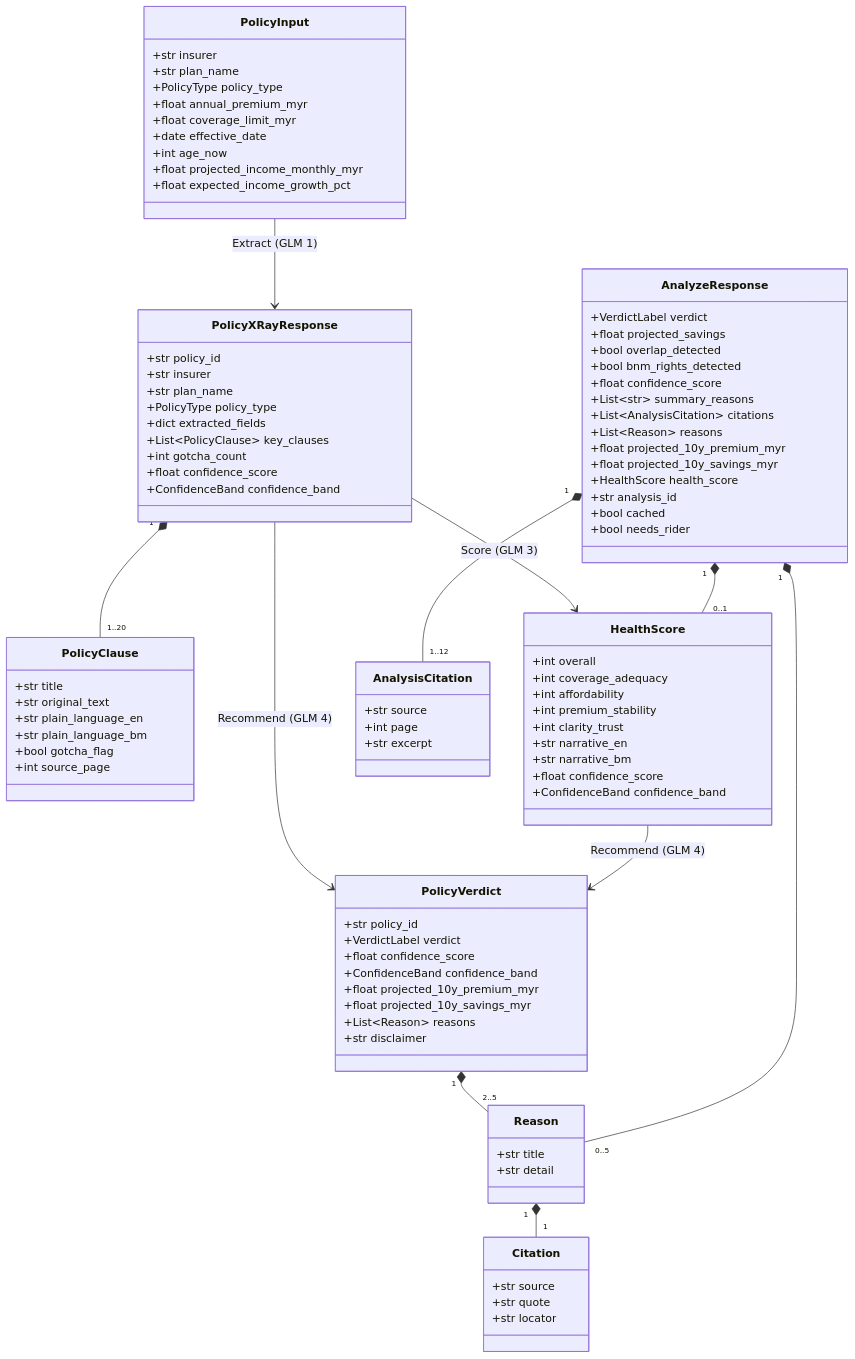
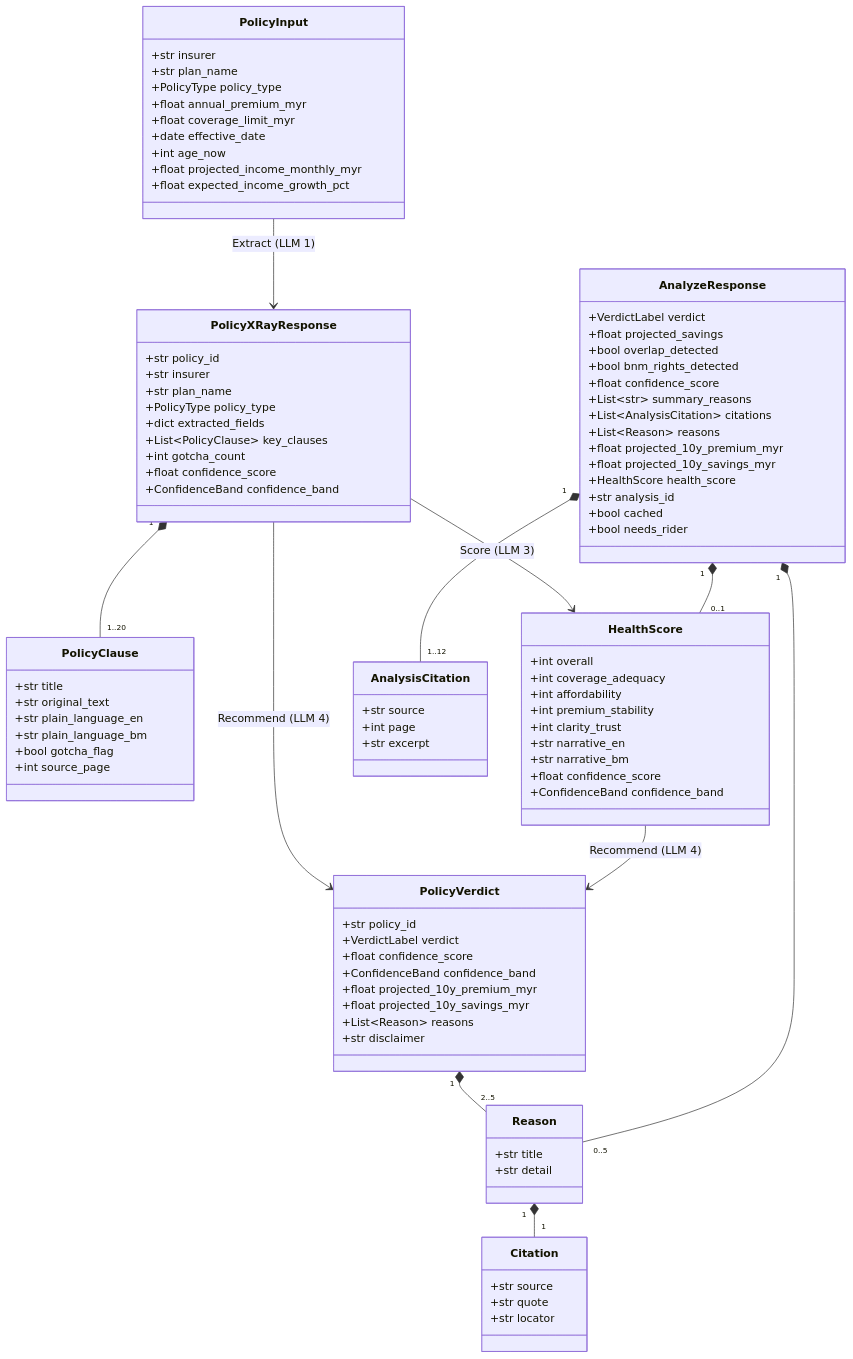
The first of 3 diagrams in docs/erd.md (xrwong00/policyclaw), drawn with Mermaid before and after one commit. The commit also changed other lines of this file and 10 other files, not shown here.

```diff
--- a/docs/erd.md
+++ b/docs/erd.md
@@ -102,10 +102,10 @@
       +str excerpt
     }
 
-    PolicyInput --> PolicyXRayResponse : Extract (GLM 1)
-    PolicyXRayResponse --> HealthScore : Score (GLM 3)
-    PolicyXRayResponse --> PolicyVerdict : Recommend (GLM 4)
-    HealthScore --> PolicyVerdict : Recommend (GLM 4)
+    PolicyInput --> PolicyXRayResponse : Extract (LLM 1)
+    PolicyXRayResponse --> HealthScore : Score (LLM 3)
+    PolicyXRayResponse --> PolicyVerdict : Recommend (LLM 4)
+    HealthScore --> PolicyVerdict : Recommend (LLM 4)
     PolicyXRayResponse "1" *-- "1..20" PolicyClause
     PolicyVerdict "1" *-- "2..5" Reason
     Reason "1" *-- "1" Citation
```
